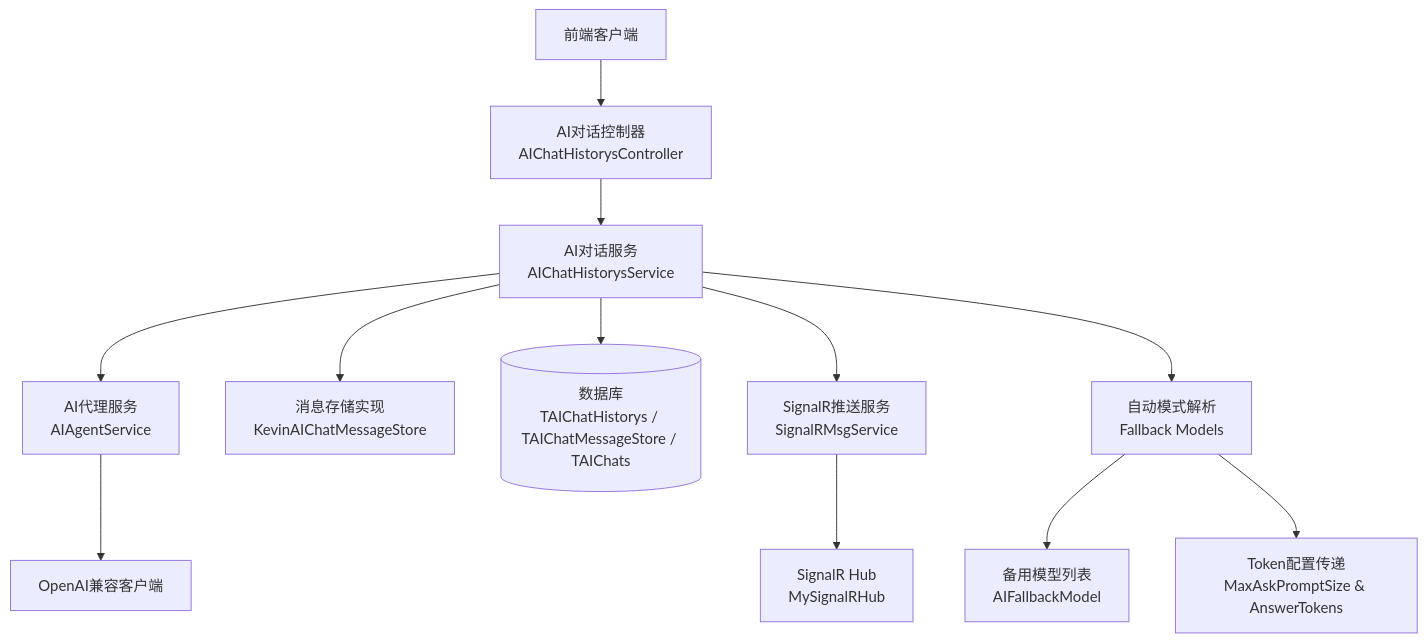
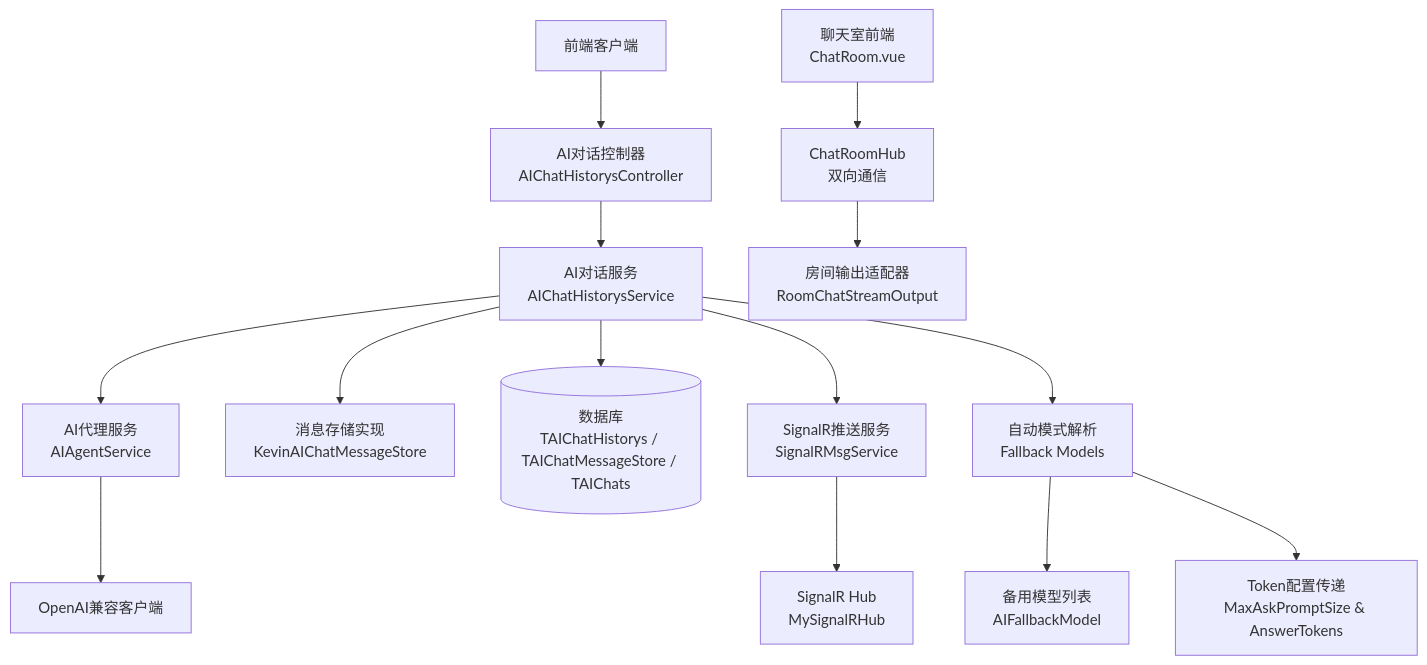
The first of 8 diagrams in .qoder/repowiki/zh/content/核心模块/AI智能助手/聊天对话.md (junkai-li/NetCoreKevin), drawn with Mermaid before and after one commit. The commit also changed other lines of this file and 54 other files, not shown here.

````diff
--- a/.qoder/repowiki/zh/content/核心模块/AI智能助手/聊天对话.md
+++ b/.qoder/repowiki/zh/content/核心模块/AI智能助手/聊天对话.md
@@ -54,14 +59,16 @@
 ```mermaid
 graph TB
 Client["前端客户端"] --> API["AI对话控制器<br/>AIChatHistorysController"]
+Client2["聊天室前端<br/>ChatRoom.vue"] --> ChatRoomHub["ChatRoomHub<br/>双向通信"]
 API --> Svc["AI对话服务<br/>AIChatHistorysService"]
 Svc --> Agent["AI代理服务<br/>AIAgentService"]
 Svc --> Store["消息存储实现<br/>KevinAIChatMessageStore"]
 Svc --> DB[("数据库<br/>TAIChatHistorys / TAIChatMessageStore / TAIChats")]
 Svc --> SignalR["SignalR推送服务<br/>SignalRMsgService"]
 Agent --> OpenAI["OpenAI兼容客户端"]
 SignalR --> Hub["SignalR Hub<br/>MySignalRHub"]
+ChatRoomHub --> RoomOutput["房间输出适配器<br/>RoomChatStreamOutput"]
 Svc --> AutoMode["自动模式解析<br/>Fallback Models"]
 AutoMode --> Fallback["备用模型列表<br/>AIFallbackModel"]
 AutoMode --> TokenConfig["Token配置传递<br/>MaxAskPromptSize & AnswerTokens"]
 ```
````
